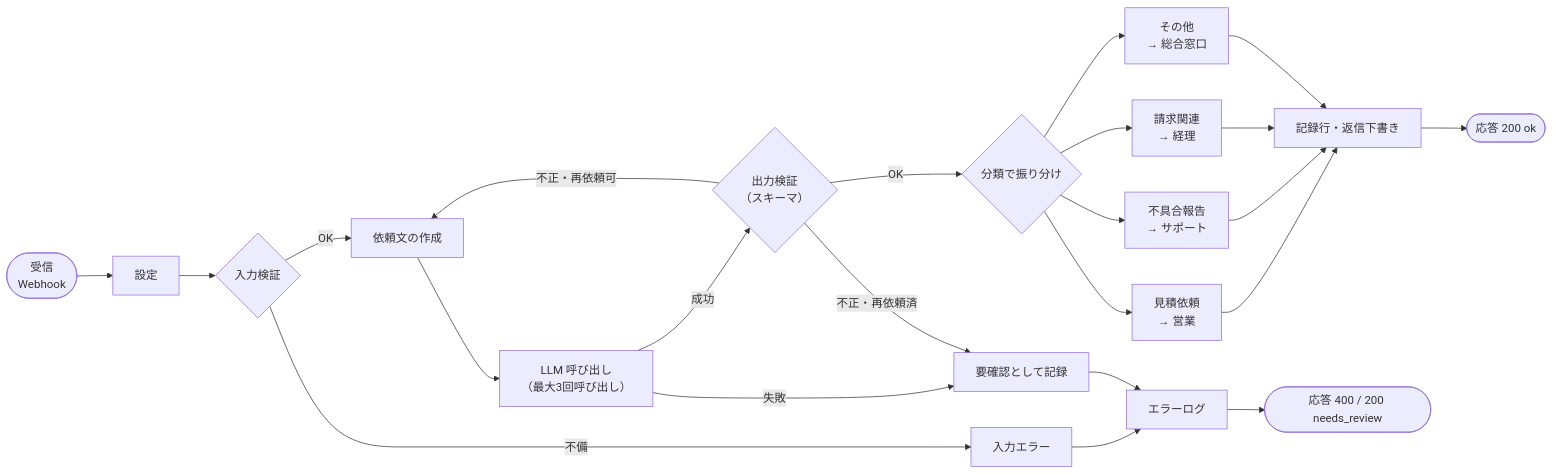
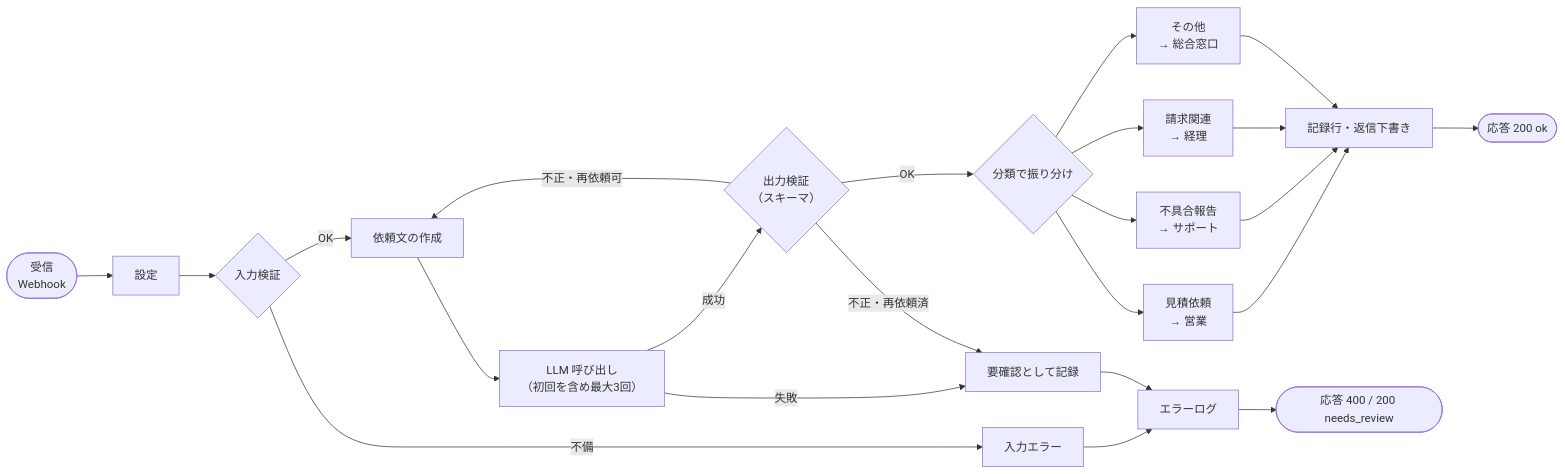
The diagram in README.md (takato-y/n8n-ai-mail-triage), drawn with Mermaid before and after one commit.

Commit message:
docs: README のワークフロー図のラベルの重複を解消（LLM 呼び出しの回数を「初回を含め最大3回」と表記）

````diff
--- a/README.md
+++ b/README.md
@@ -35,19 +35,19 @@
 ```mermaid
 flowchart LR
     A(["受信<br/>Webhook"]) --> B["設定"] --> C{"入力検証"}
-    C -->|"OK"| D["依頼文の作成"] --> E["LLM 呼び出し<br/>（最大3回呼び出し）"]
+    C -->|"OK"| D["依頼文の作成"] --> E["LLM 呼び出し<br/>（初回を含め最大3回）"]
     C -->|"不備"| X["入力エラー"]
     E -->|"成功"| F{"出力検証<br/>（スキーマ）"}
     E -->|"失敗"| Y["要確認として記録"]
     F -->|"不正・再依頼可"| D
     F -->|"不正・再依頼済"| Y
     F -->|"OK"| G{"分類で振り分け"}
     G --> H1["見積依頼<br/>→ 営業"]
     G --> H2["不具合報告<br/>→ サポート"]
     G --> H3["請求関連<br/>→ 経理"]
     G --> H4["その他<br/>→ 総合窓口"]
     H1 & H2 & H3 & H4 --> R["記録行・返信下書き"] --> OK(["応答 200 ok"])
     X --> L["エラーログ"]
     Y --> L
     L --> NG(["応答 400 / 200 needs_review"])
 ```
````
